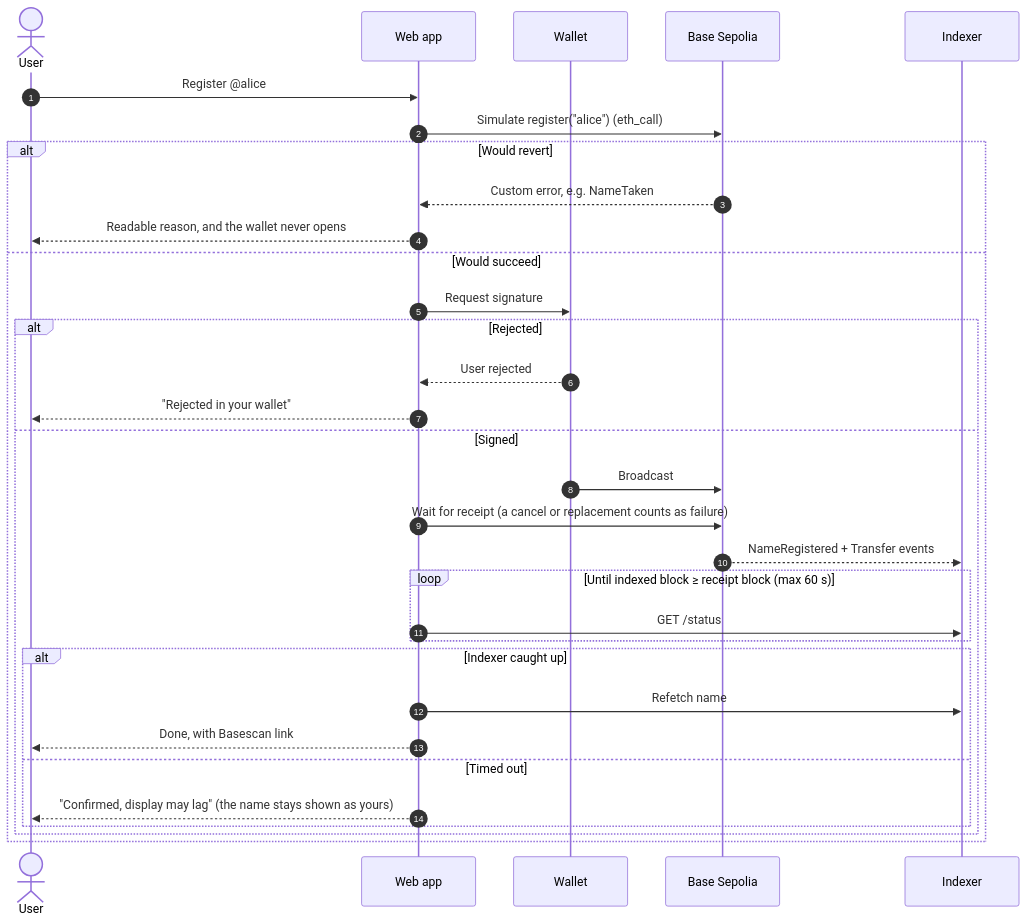
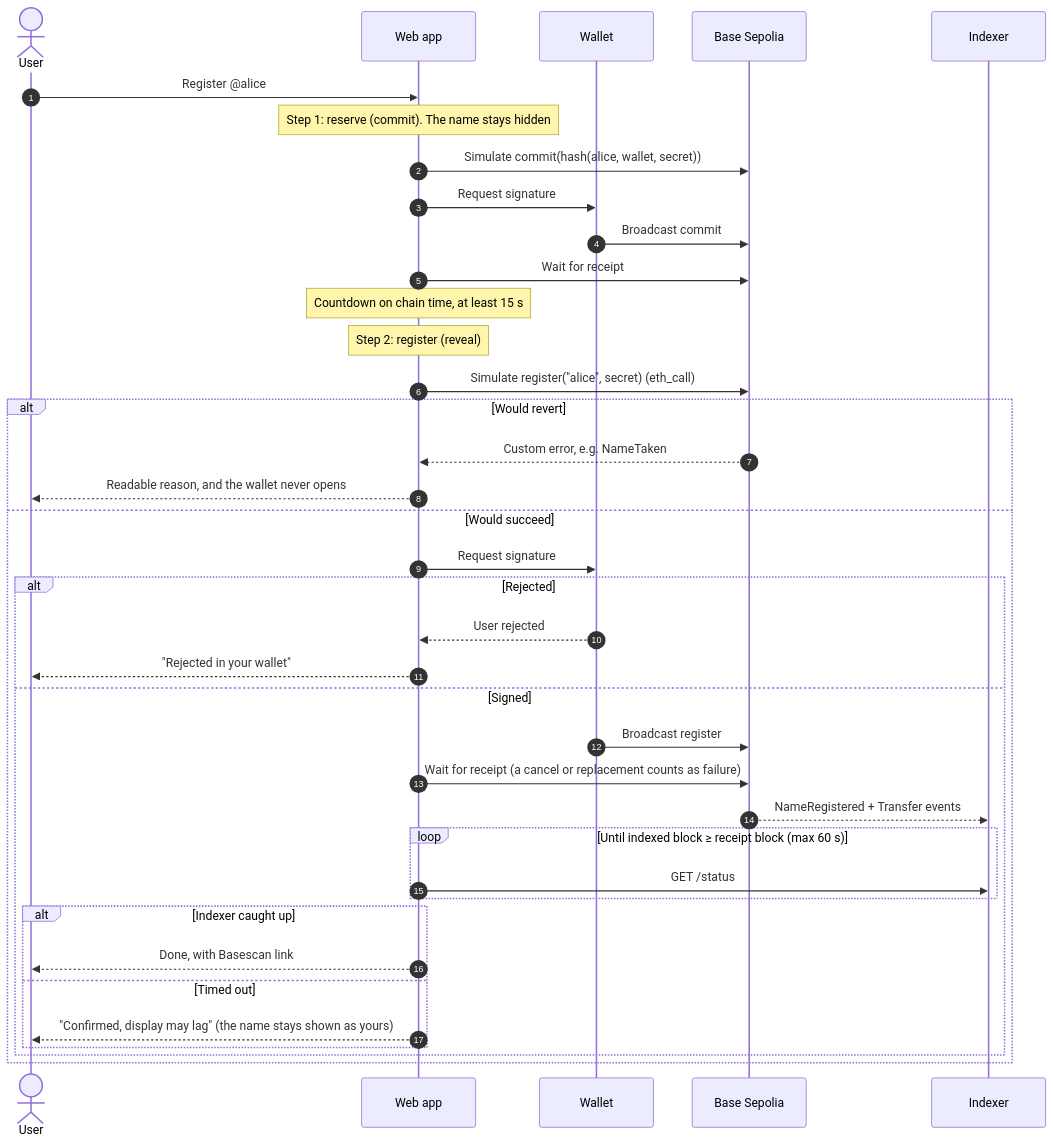
Before and after one commit to ansah25/paytag: the second of 2 diagrams in README.md, drawn with Mermaid. The commit also changed other lines of this file and 6 other files, not shown here.

````diff
--- a/README.md
+++ b/README.md
@@ -61,34 +61,40 @@
 ```mermaid
 sequenceDiagram
   autonumber
   actor U as User
   participant A as Web app
   participant W as Wallet
   participant B as Base Sepolia
   participant I as Indexer
   U->>A: Register @alice
-  A->>B: Simulate register("alice") (eth_call)
+  Note over A: Step 1: reserve (commit). The name stays hidden
+  A->>B: Simulate commit(hash(alice, wallet, secret))
+  A->>W: Request signature
+  W->>B: Broadcast commit
+  A->>B: Wait for receipt
+  Note over A: Countdown on chain time, at least 15 s
+  Note over A: Step 2: register (reveal)
+  A->>B: Simulate register("alice", secret) (eth_call)
   alt Would revert
     B-->>A: Custom error, e.g. NameTaken
     A-->>U: Readable reason, and the wallet never opens
   else Would succeed
     A->>W: Request signature
     alt Rejected
       W-->>A: User rejected
       A-->>U: "Rejected in your wallet"
     else Signed
-      W->>B: Broadcast
+      W->>B: Broadcast register
       A->>B: Wait for receipt (a cancel or replacement counts as failure)
       B-->>I: NameRegistered + Transfer events
       loop Until indexed block ≥ receipt block (max 60 s)
         A->>I: GET /status
       end
       alt Indexer caught up
-        A->>I: Refetch name
         A-->>U: Done, with Basescan link
       else Timed out
         A-->>U: "Confirmed, display may lag" (the name stays shown as yours)
       end
     end
   end
 ```
````
